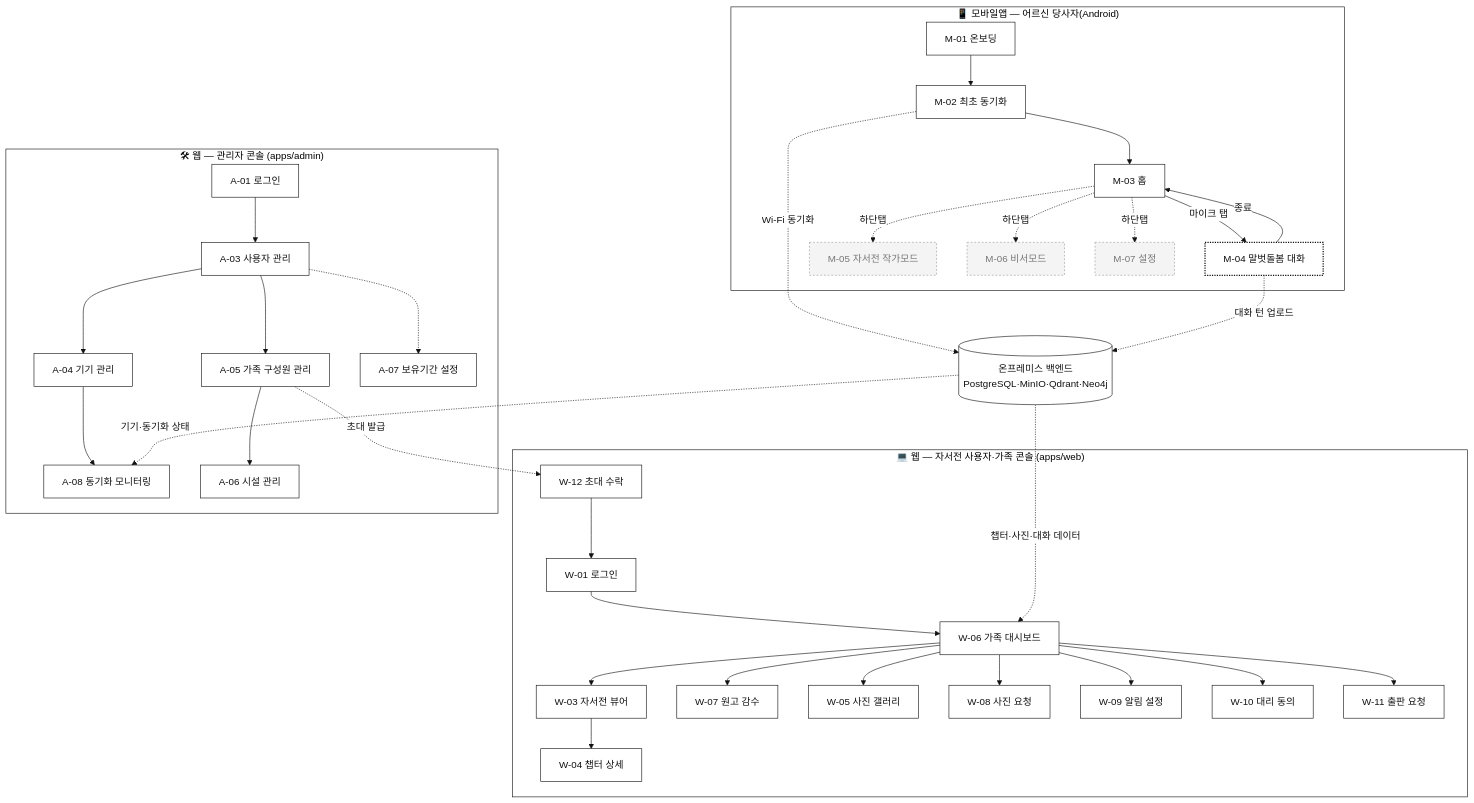
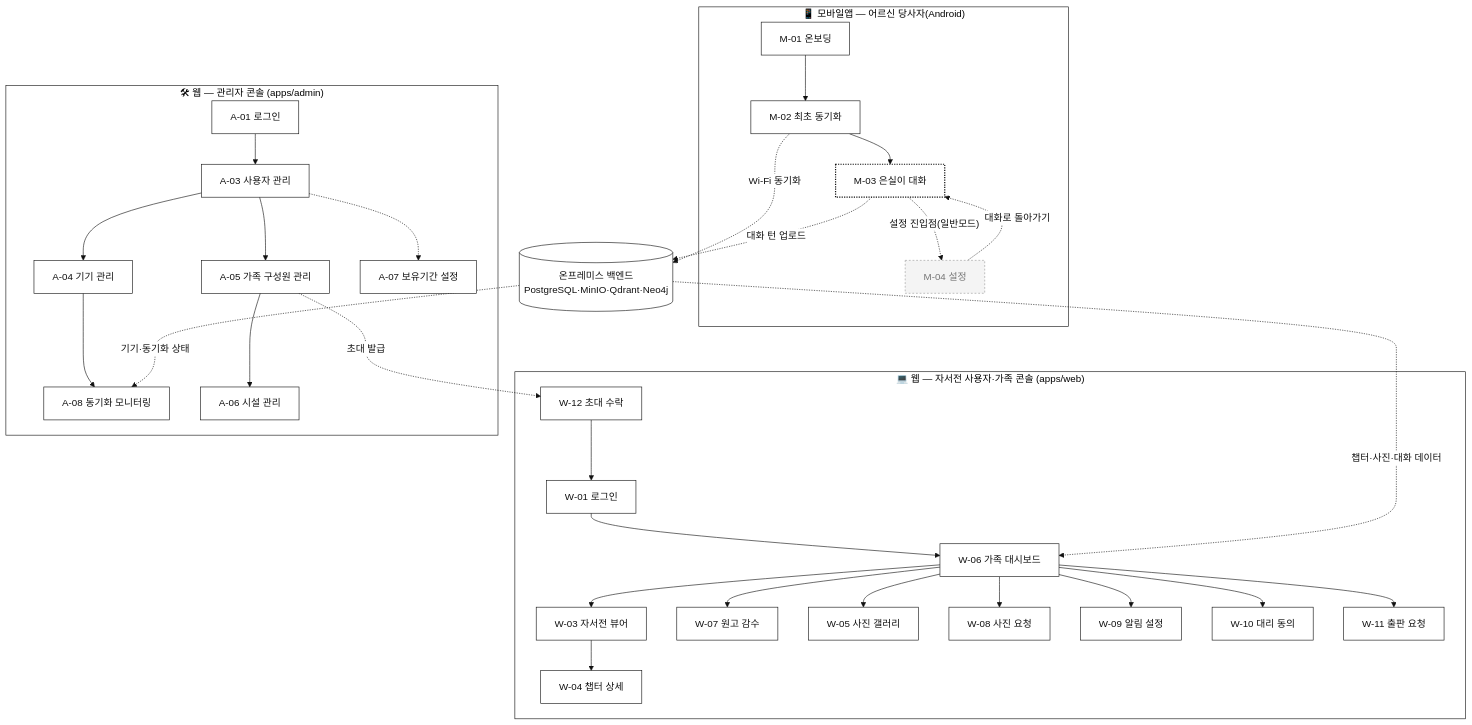
One commit to boheni07/SilverYarn changed the first of 4 diagrams in docs/02-design/screen-definitions.md. Above: the diagram before and after it, drawn with Mermaid. The commit also changed other lines of this file and 21 other files, not shown here.

````diff
--- a/docs/02-design/screen-definitions.md
+++ b/docs/02-design/screen-definitions.md
@@ -45,48 +45,45 @@
 ```mermaid
 %%{init: {'theme':'base', 'themeVariables': {
   'primaryColor':'#ffffff', 'primaryTextColor':'#111111', 'primaryBorderColor':'#111111',
   'lineColor':'#111111', 'secondaryColor':'#ffffff', 'tertiaryColor':'#ffffff',
   'background':'#ffffff', 'mainBkg':'#ffffff', 'textColor':'#111111',
   'nodeBorder':'#111111', 'clusterBkg':'#ffffff', 'clusterBorder':'#111111',
   'edgeLabelBackground':'#ffffff', 'fontFamily':'Pretendard, Malgun Gothic, sans-serif'
 }}}%%
 flowchart TB
     subgraph MOBILE["📱 모바일앱 — 어르신 당사자(Android)"]
-        M01["M-01 온보딩"] --> M02["M-02 최초 동기화"] --> M03["M-03 홈"]
-        M03 -->|"마이크 탭"| M04["M-04 말벗돌봄 대화"]:::mock
-        M04 -->|"종료"| M03
-        M03 -. 하단탭 .-> M05["M-05 자서전 작가모드"]:::off
-        M03 -. 하단탭 .-> M06["M-06 비서모드"]:::off
-        M03 -. 하단탭 .-> M07["M-07 설정"]:::off
+        M01["M-01 온보딩"] --> M02["M-02 최초 동기화"] --> M03["M-03 은실이 대화"]:::mock
+        M03 -. "설정" 진입점(일반모드) .-> M04["M-04 설정"]:::off
+        M04 -. 대화로 돌아가기 .-> M03
     end
 
     subgraph WEBUSER["💻 웹 — 자서전 사용자·가족 콘솔 (apps/web)"]
         W01["W-01 로그인"] --> W06["W-06 가족 대시보드"]
         W06 --> W03["W-03 자서전 뷰어"] --> W04["W-04 챕터 상세"]
         W06 --> W07["W-07 원고 감수"]
         W06 --> W05["W-05 사진 갤러리"]
         W06 --> W08["W-08 사진 요청"]
         W06 --> W09["W-09 알림 설정"]
         W06 --> W10["W-10 대리 동의"]
         W06 --> W11["W-11 출판 요청"]
         W12["W-12 초대 수락"] --> W01
     end
 
     subgraph WEBADMIN["🛠 웹 — 관리자 콘솔 (apps/admin)"]
         A01["A-01 로그인"] --> A03["A-03 사용자 관리"]
         A03 --> A04["A-04 기기 관리"] --> A08["A-08 동기화 모니터링"]
         A03 --> A05["A-05 가족 구성원 관리"]
         A05 --> A06["A-06 시설 관리"]
         A03 -.-> A07["A-07 보유기간 설정"]
     end
 
     BACKEND[("온프레미스 백엔드<br/>PostgreSQL·MinIO·Qdrant·Neo4j")]
     M02 -. Wi-Fi 동기화 .-> BACKEND
-    M04 -. 대화 턴 업로드 .-> BACKEND
+    M03 -. 대화 턴 업로드 .-> BACKEND
     BACKEND -. 챕터·사진·대화 데이터 .-> W06
     BACKEND -. 기기·동기화 상태 .-> A08
     A05 -. 초대 발급 .-> W12
 
     classDef mock fill:#ffffff,color:#111111,stroke:#111111,stroke-width:2px,stroke-dasharray: 2 2;
     classDef off fill:#f4f4f4,color:#777777,stroke:#999999,stroke-width:1px,stroke-dasharray: 3 3;
 ```
````
